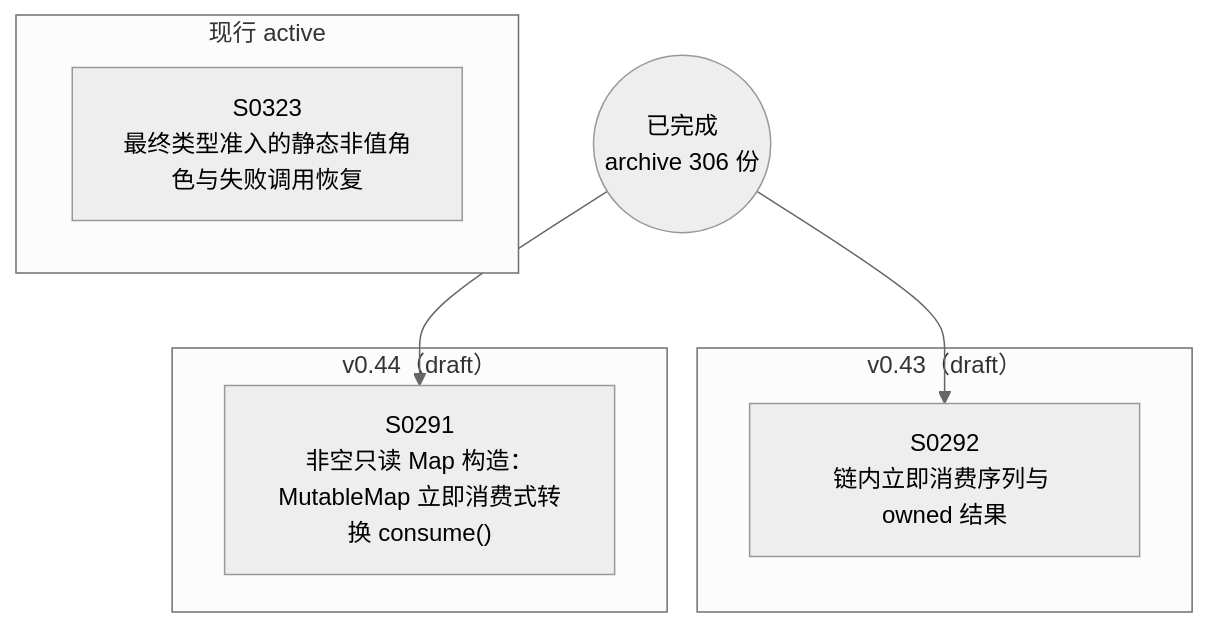
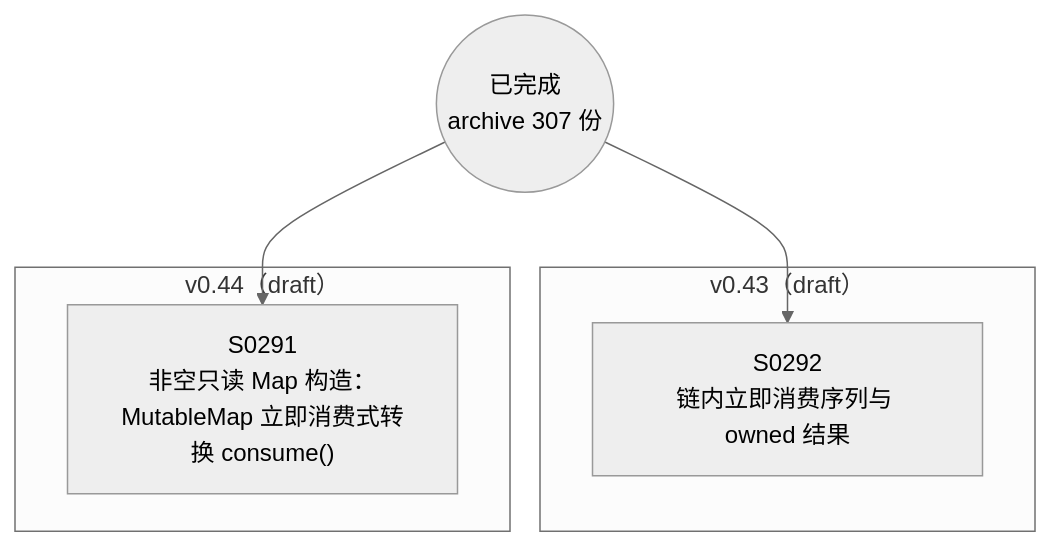
One commit to Halckon/Koven changed the diagram in docs/specs/dependency-graph.md. Above: the diagram before and after it, drawn with Mermaid (neutral theme). The commit also changed other lines of this file and 9 other files, not shown here.

````diff
--- a/docs/specs/dependency-graph.md
+++ b/docs/specs/dependency-graph.md
@@ -9,15 +9,12 @@
 ```mermaid
 flowchart TD
-ARCH(("已完成<br/>archive 306 份"))
-subgraph Gactive["现行 active"]
-  S0323["S0323<br/>最终类型准入的静态非值角色与失败调用恢复"]
-end
+ARCH(("已完成<br/>archive 307 份"))
 subgraph Gdrafts_v043["v0.43（draft）"]
   S0292["S0292<br/>链内立即消费序列与 owned 结果"]
 end
 subgraph Gdrafts_v044["v0.44（draft）"]
   S0291["S0291<br/>非空只读 Map 构造：MutableMap 立即消费式转换 consume()"]
 end
 ARCH --> S0291
 ARCH --> S0292
 ```
````
